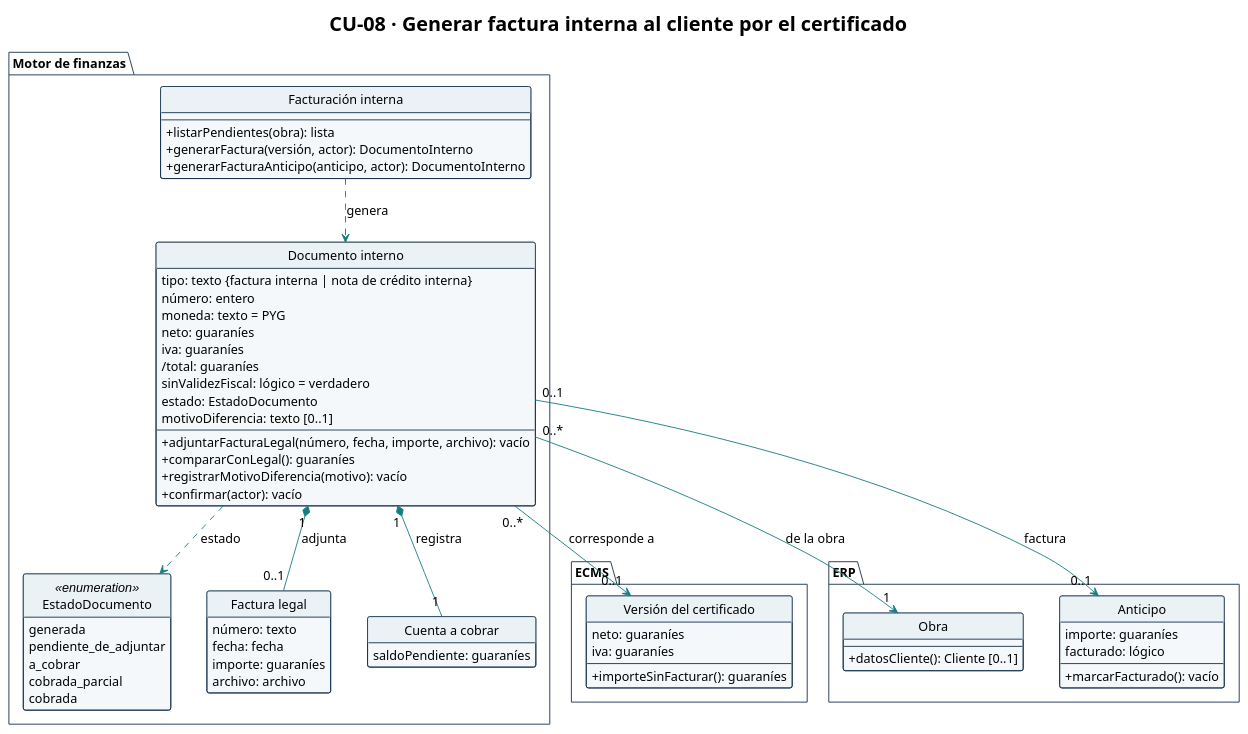
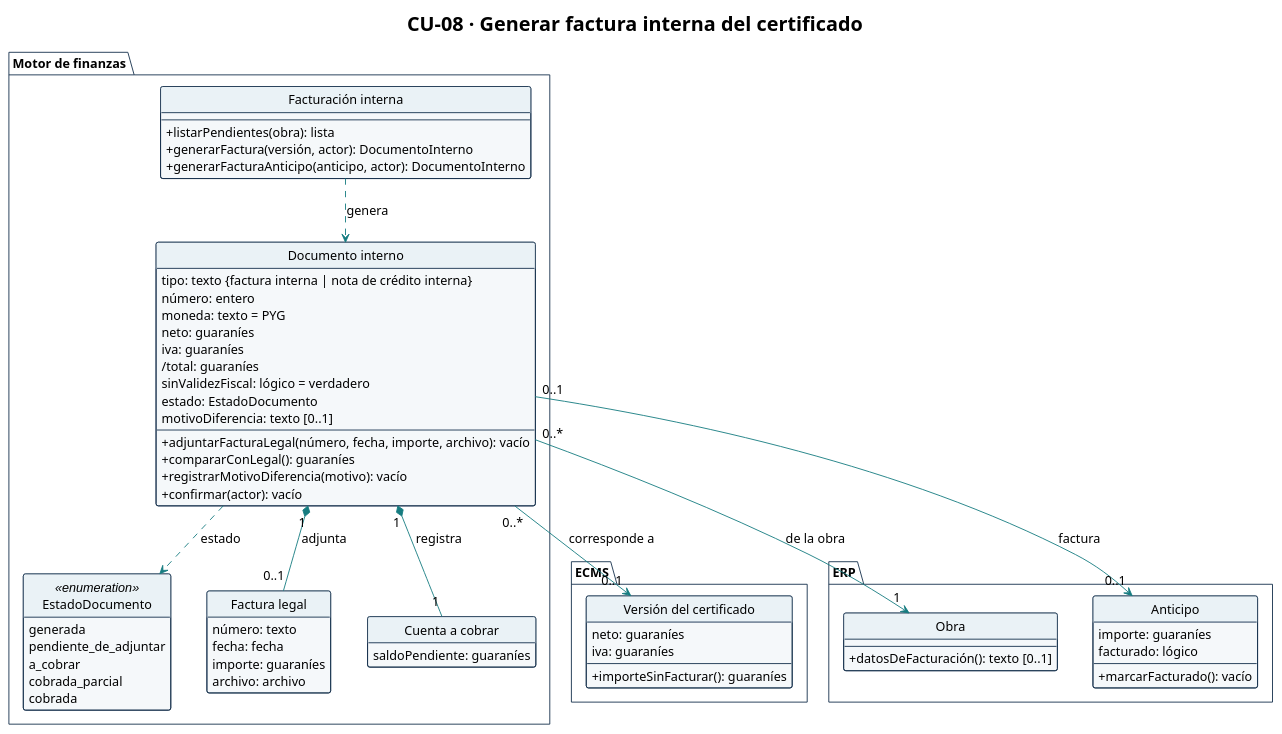
The diagram in diagramas/CU-08-clases.puml (Ssrrb/tpf-uca), drawn with PlantUML before and after one commit. The commit also changed 5 other files, not shown here.

```diff
--- a/diagramas/CU-08-clases.puml
+++ b/diagramas/CU-08-clases.puml
@@ -1,106 +1,106 @@
 @startuml
 !theme plain
 skinparam style strictuml
-title CU-08 · Generar factura interna al cliente por el certificado
+title CU-08 · Generar factura interna del certificado
 hide circle
 hide empty methods
 hide empty fields
 skinparam shadowing false
 skinparam classAttributeIconSize 0
 skinparam defaultFontName Arial
 skinparam defaultFontSize 14
 skinparam nodesep 40
 skinparam ranksep 50
 skinparam ArrowColor #167C80
 skinparam class {
   BackgroundColor #F5F8FA
   BorderColor #17324D
   HeaderBackgroundColor #EAF2F6
 }
 skinparam package {
   BackgroundColor #FFFFFF
   BorderColor #17324D
 }
 skinparam note {
   BackgroundColor #FFFFFF
   BorderColor #17324D
 }
 package "Motor de finanzas" {
   class "Facturación interna" as Facturacion {
     --
     + listarPendientes(obra): lista
     + generarFactura(versión, actor): DocumentoInterno
     + generarFacturaAnticipo(anticipo, actor): DocumentoInterno
   }
 
   enum EstadoDocumento <<enumeration>> {
     generada
     pendiente_de_adjuntar
     a_cobrar
     cobrada_parcial
     cobrada
   }
 
   class "Documento interno" as DocumentoInterno {
     tipo: texto {factura interna | nota de crédito interna}
     número: entero
     moneda: texto = PYG
     neto: guaraníes
     iva: guaraníes
     /total: guaraníes
     sinValidezFiscal: lógico = verdadero
     estado: EstadoDocumento
     motivoDiferencia: texto [0..1]
     --
     + adjuntarFacturaLegal(número, fecha, importe, archivo): vacío
     + compararConLegal(): guaraníes
     + registrarMotivoDiferencia(motivo): vacío
     + confirmar(actor): vacío
   }
 
 
   class "Factura legal" as FacturaLegal {
     número: texto
     fecha: fecha
     importe: guaraníes
     archivo: archivo
   }
 
   class "Cuenta a cobrar" as CuentaACobrar {
     saldoPendiente: guaraníes
   }
 }
 
 package "ECMS" {
   class "Versión del certificado" as VersionCertificado {
     neto: guaraníes
     iva: guaraníes
     --
     + importeSinFacturar(): guaraníes
   }
 }
 
 package "ERP" {
   class Obra {
     --
-    + datosCliente(): Cliente [0..1]
+    + datosDeFacturación(): texto [0..1]
   }
 
   class Anticipo {
     importe: guaraníes
     facturado: lógico
     --
     + marcarFacturado(): vacío
   }
 }
 
 DocumentoInterno "0..*" --> "0..1" VersionCertificado : corresponde a
 DocumentoInterno "0..1" --> "0..1" Anticipo : factura
 DocumentoInterno "1" *-- "0..1" FacturaLegal : adjunta
 DocumentoInterno "1" *-- "1" CuentaACobrar : registra
 DocumentoInterno "0..*" --> "1" Obra : de la obra
 Facturacion ..> DocumentoInterno : genera
 
 DocumentoInterno ..> EstadoDocumento : estado
 
 @enduml
```
